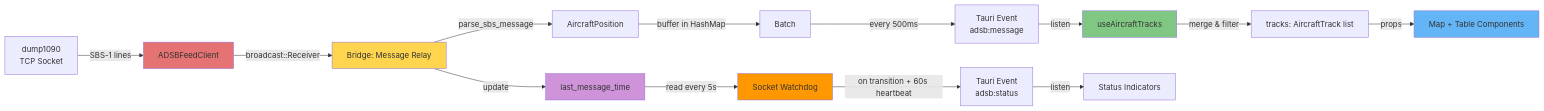
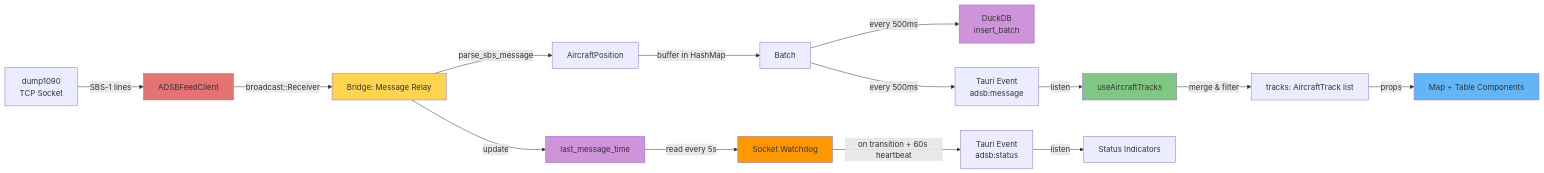
Before and after one commit to bnassivet/adsb-feed: the sixth of 10 diagrams in rust/adsb-pulsar-client-desktop/docs/DESIGN.md, drawn with Mermaid. The commit also changed other lines of this file and 23 other files, not shown here.

First line of the commit message:
docs: add adsb-data-engine crate, DuckDB history UI plan, and update all architecture docs

````diff
--- a/rust/adsb-pulsar-client-desktop/docs/DESIGN.md
+++ b/rust/adsb-pulsar-client-desktop/docs/DESIGN.md
@@ -1362,23 +1463,25 @@
 ```mermaid
 graph LR
     A[dump1090<br/>TCP Socket] -->|SBS-1 lines| B[ADSBFeedClient]
     B -->|broadcast::Receiver| C[Bridge: Message Relay]
     C -->|parse_sbs_message| D[AircraftPosition]
     C -->|update| LMT[last_message_time]
     D -->|buffer in HashMap| E[Batch]
+    E -->|every 500ms| DB[DuckDB<br/>insert_batch]
     E -->|every 500ms| F[Tauri Event<br/>adsb:message]
     F -->|listen| G[useAircraftTracks]
     G -->|merge & filter| H[tracks: AircraftTrack list]
     H -->|props| I[Map + Table Components]
 
     LMT -->|read every 5s| W[Socket Watchdog]
     W -->|on transition + 60s heartbeat| S[Tauri Event<br/>adsb:status]
     S -->|listen| SI[Status Indicators]
 
     style B fill:#E57373
     style C fill:#FFD54F
     style G fill:#81C784
     style I fill:#64B5F6
     style W fill:#FF9800
     style LMT fill:#CE93D8
+    style DB fill:#CE93D8
 ```
````
